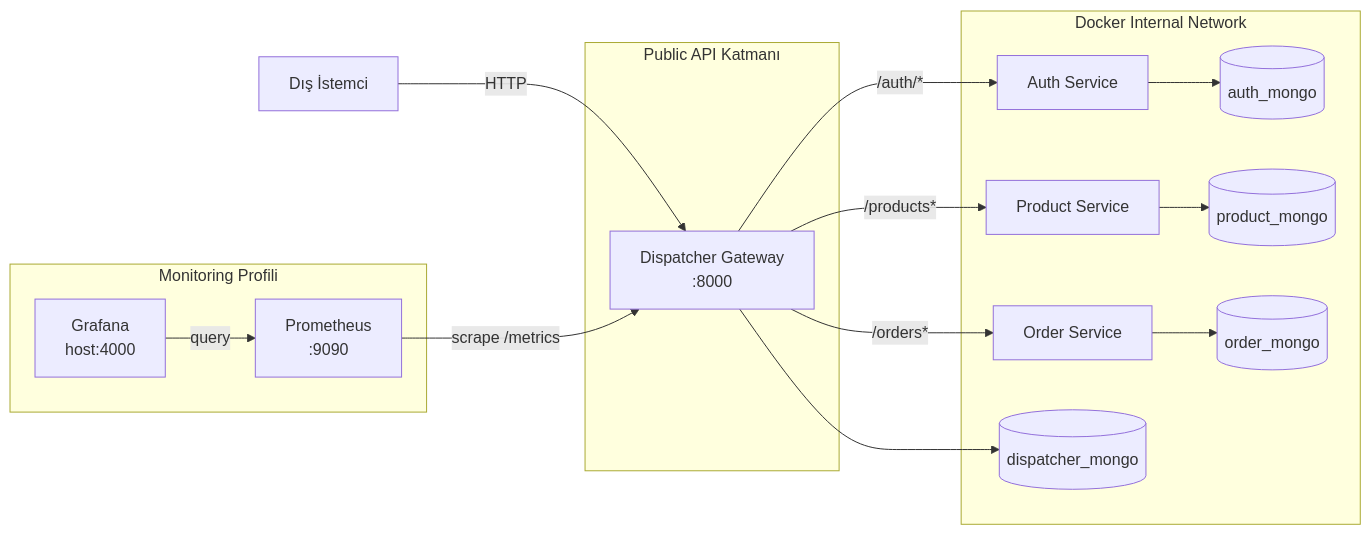
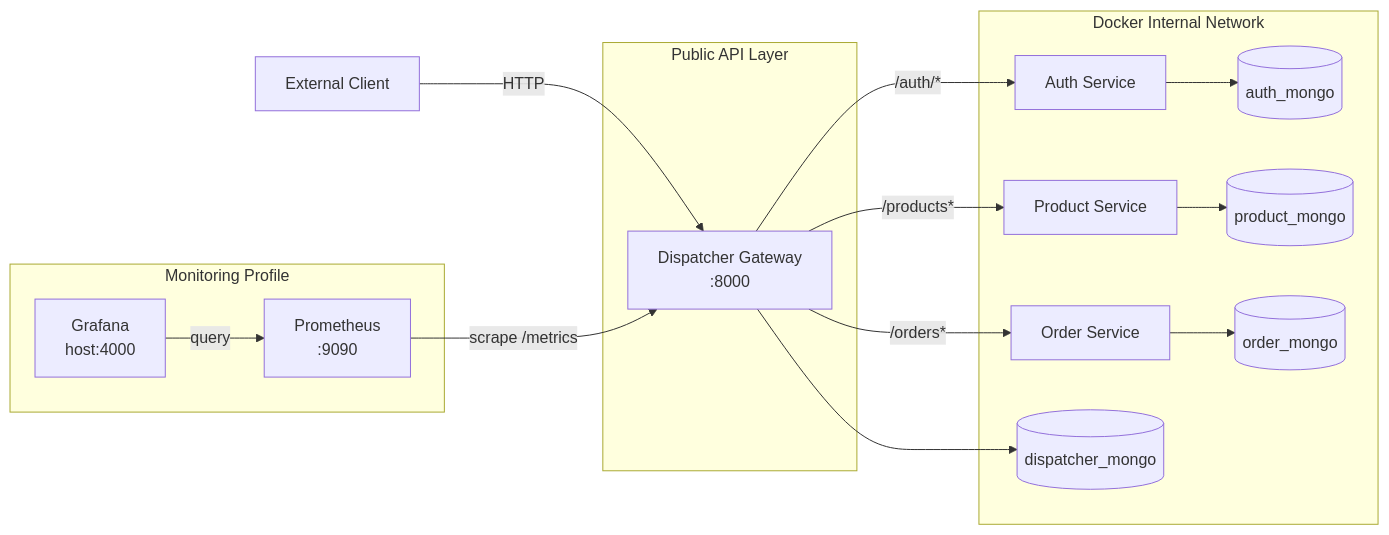
Before and after one commit to ranakaragol/product-order-microservices: the first of 4 diagrams in Readme.md, drawn with Mermaid. The commit also changed other lines of this file, not shown here.

````diff
--- a/Readme.md
+++ b/Readme.md
@@ -91,37 +91,37 @@
 ```mermaid
 flowchart LR
-  Client[Dış İstemci]
+  Client[External Client]
 
-  subgraph PublicAPI[Public API Katmanı]
+  subgraph PublicAPI[Public API Layer]
     D[Dispatcher Gateway<br/>:8000]
   end
 
   subgraph InternalNet[Docker Internal Network]
     A[Auth Service]
     P[Product Service]
     O[Order Service]
 
     ADM[(auth_mongo)]
     PDM[(product_mongo)]
     ODM[(order_mongo)]
     DDM[(dispatcher_mongo)]
   end
 
-  subgraph Observability[Monitoring Profili]
+  subgraph Observability[Monitoring Profile]
     PR[Prometheus<br/>:9090]
     GR[Grafana<br/>host:4000]
   end
 
   Client -->|HTTP| D
   D -->|/auth/*| A
   D -->|/products*| P
   D -->|/orders*| O
 
   A --> ADM
   P --> PDM
   O --> ODM
   D --> DDM
 
   PR -->|scrape /metrics| D
   GR -->|query| PR
 ```
````
